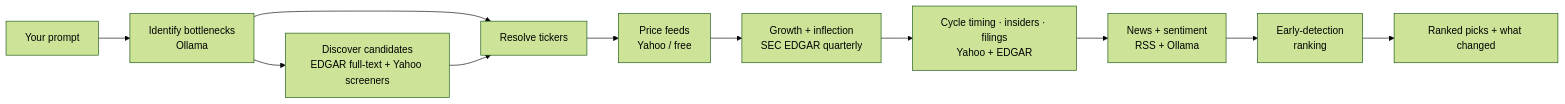
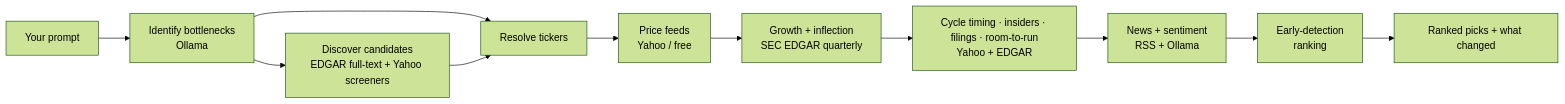
The diagram in README.md (daryn-brown/TrendWave), drawn with Mermaid (forest theme) before and after one commit. The commit also changed other lines of this file and 11 other files, not shown here.

````diff
--- a/README.md
+++ b/README.md
@@ -26,13 +26,13 @@
 ```mermaid
 flowchart LR
     A[Your prompt] --> B[Identify bottlenecks<br/>Ollama]
     B --> C[Resolve tickers]
     B --> S[Discover candidates<br/>EDGAR full-text + Yahoo screeners]
     S --> C
     C --> D[Price feeds<br/>Yahoo / free]
     D --> E[Growth + inflection<br/>SEC EDGAR quarterly]
-    E --> T[Cycle timing · insiders · filings<br/>Yahoo + EDGAR]
+    E --> T[Cycle timing · insiders · filings · room-to-run<br/>Yahoo + EDGAR]
     T --> F[News + sentiment<br/>RSS + Ollama]
     F --> G[Early-detection<br/>ranking]
     G --> H[Ranked picks + what changed]
 ```
````
